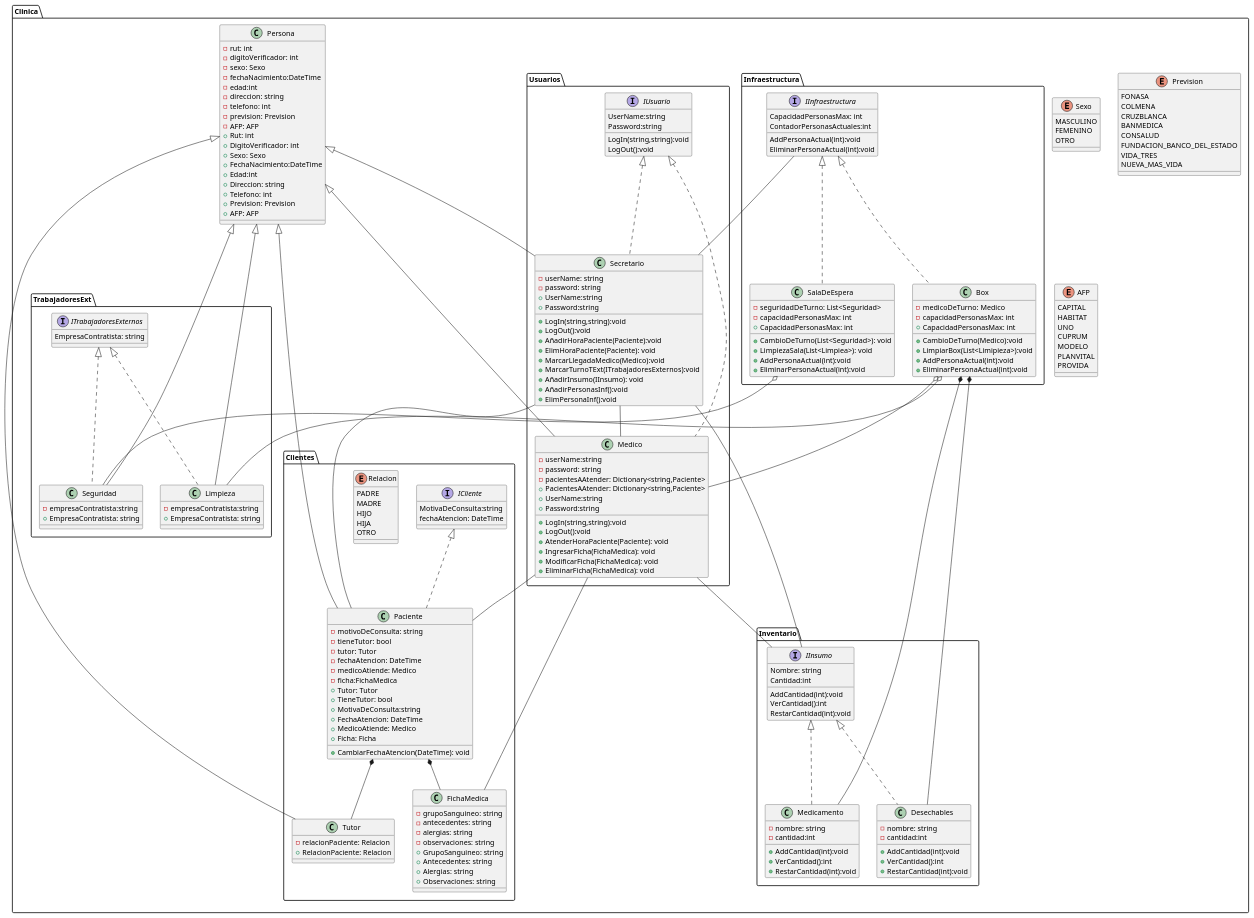
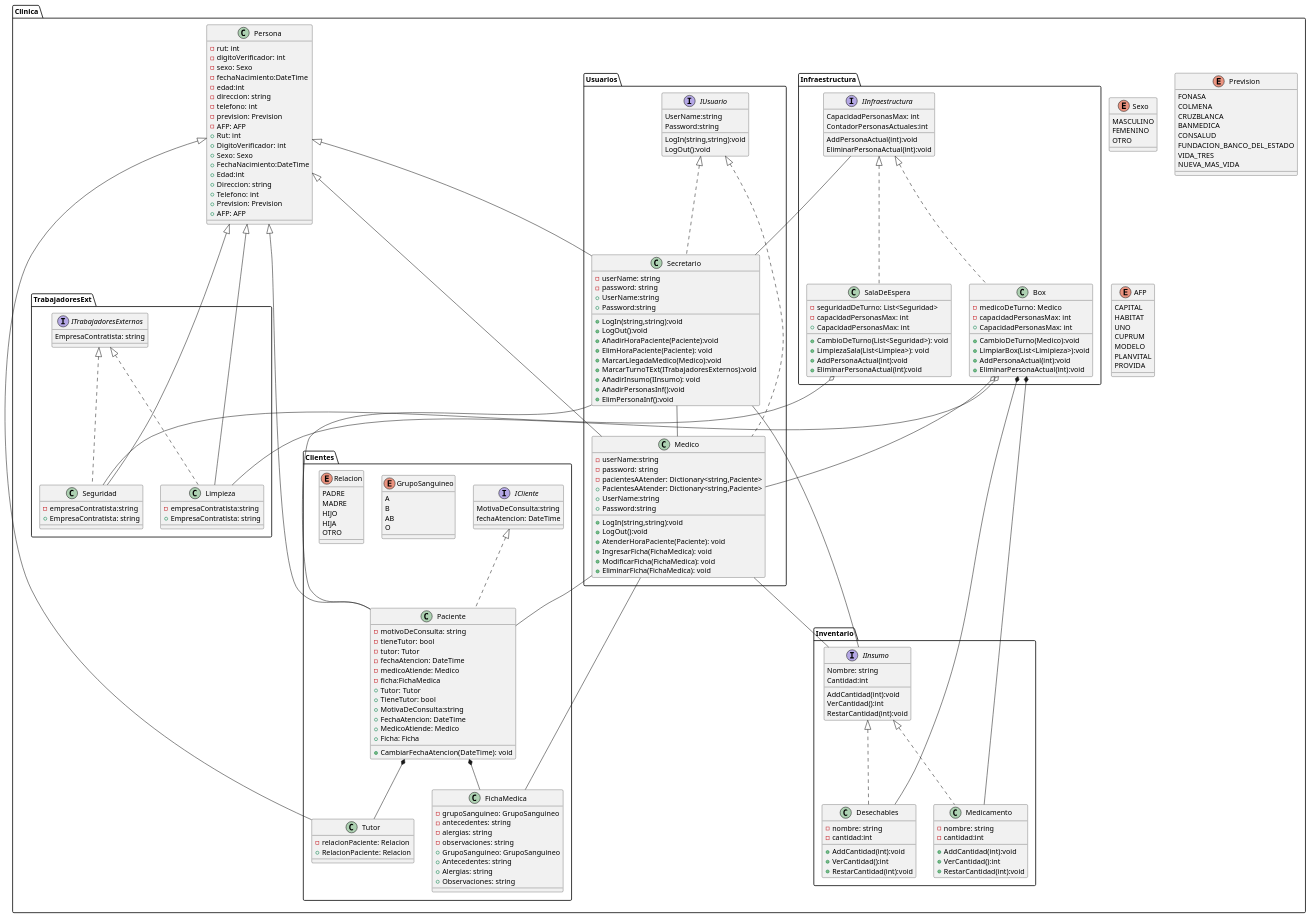
One commit to ecadiz123/ProyectoAvaloniaProgra2 changed the diagram in consultorio.puml. Above: the diagram before and after it, drawn with PlantUML.

Commit message:
enum grupo sanguineo

```diff
--- a/consultorio.puml
+++ b/consultorio.puml
@@ -98,13 +98,20 @@
             MotivaDeConsulta:string
             fechaAtencion: DateTime
         }
+        enum GrupoSanguineo
+        {
+            A
+            B
+            AB
+            O
+        }
         class FichaMedica
         {
-          - grupoSanguineo: string
+          - grupoSanguineo: GrupoSanguineo
           - antecedentes: string
           - alergias: string
           - observaciones: string
-          + GrupoSanguineo: string
+          + GrupoSanguineo: GrupoSanguineo
           + Antecedentes: string
           + Alergias: string
           + Observaciones: string
```
